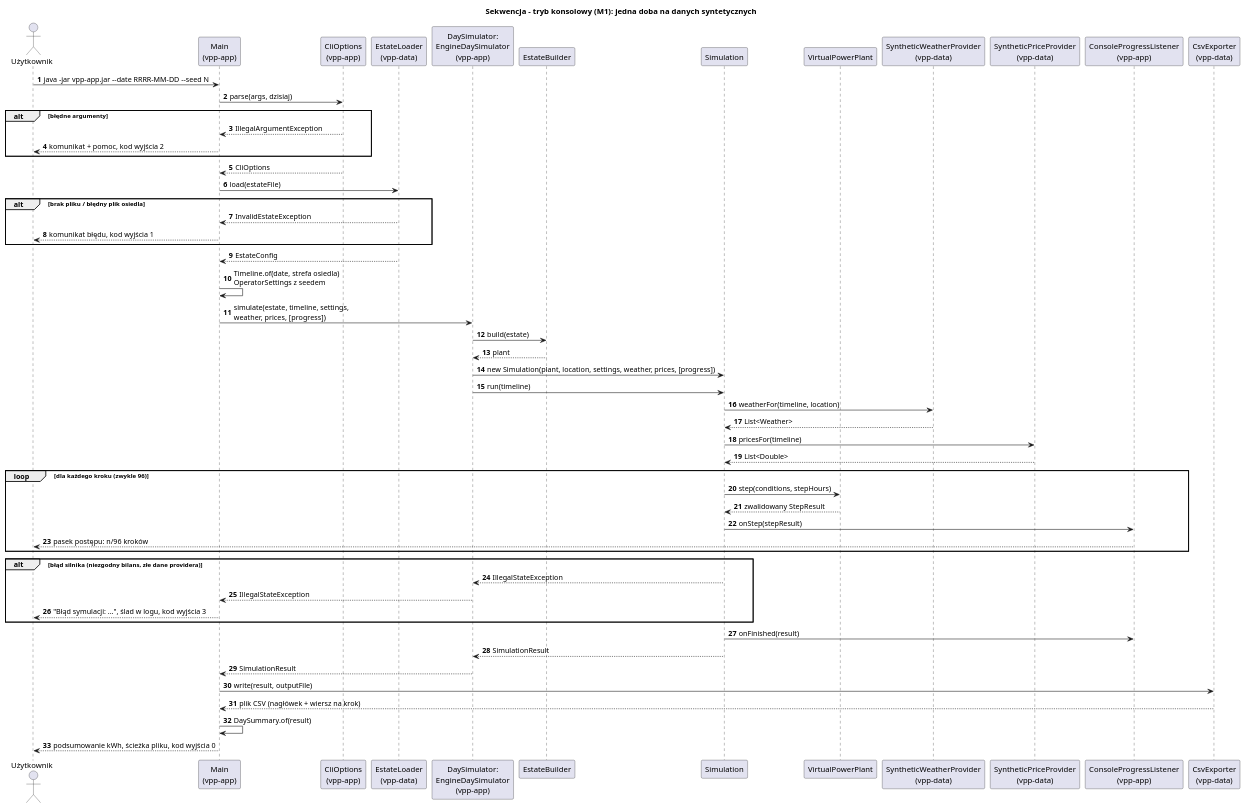
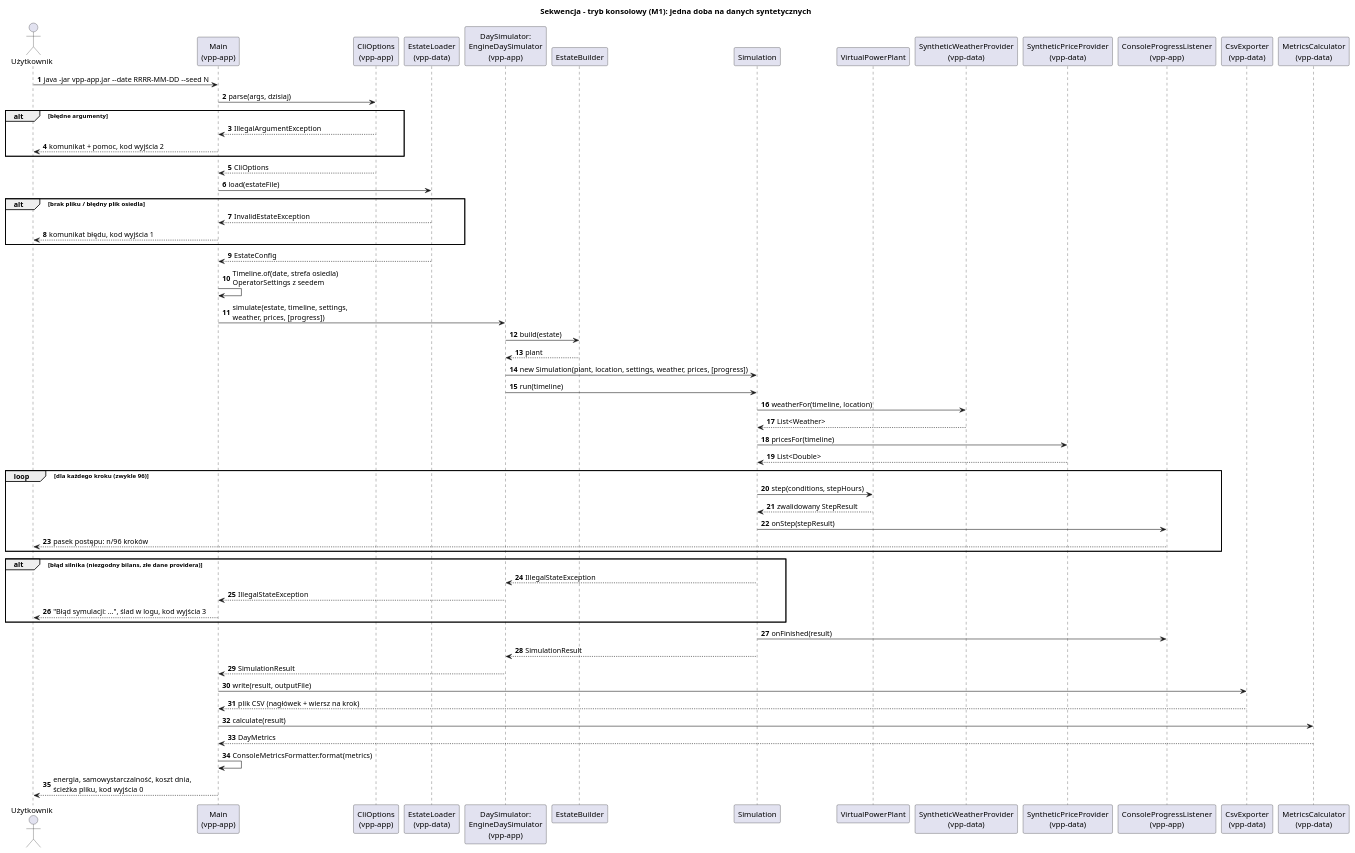
Before and after one commit to M-zielson/po2026: the diagram in projekt/uml/02-sekwencja-tryb-konsolowy.puml, drawn with PlantUML. The commit also changed 12 other files, not shown here.

Commit message:
feat(data): MetricsCalculator - KPI doby (energia, samowystarczalność, koszt)

```diff
--- a/projekt/uml/02-sekwencja-tryb-konsolowy.puml
+++ b/projekt/uml/02-sekwencja-tryb-konsolowy.puml
@@ -1,64 +1,67 @@
 @startuml
 title Sekwencja - tryb konsolowy (M1): jedna doba na danych syntetycznych
 autonumber
 
 actor Użytkownik
 participant "Main\n(vpp-app)" as Main
 participant "CliOptions\n(vpp-app)" as Cli
 participant "EstateLoader\n(vpp-data)" as Loader
 participant "DaySimulator:\nEngineDaySimulator\n(vpp-app)" as Adapter
 participant EstateBuilder as Builder
 participant Simulation as Sim
 participant VirtualPowerPlant as VPP
 participant "SyntheticWeatherProvider\n(vpp-data)" as Weather
 participant "SyntheticPriceProvider\n(vpp-data)" as Prices
 participant "ConsoleProgressListener\n(vpp-app)" as Progress
 participant "CsvExporter\n(vpp-data)" as Csv
+participant "MetricsCalculator\n(vpp-data)" as Metrics
 
 Użytkownik -> Main : java -jar vpp-app.jar ~--date RRRR-MM-DD ~--seed N
 Main -> Cli : parse(args, dzisiaj)
 alt błędne argumenty
     Cli --> Main : IllegalArgumentException
     Main --> Użytkownik : komunikat + pomoc, kod wyjścia 2
 end
 Cli --> Main : CliOptions
 
 Main -> Loader : load(estateFile)
 alt brak pliku / błędny plik osiedla
     Loader --> Main : InvalidEstateException
     Main --> Użytkownik : komunikat błędu, kod wyjścia 1
 end
 Loader --> Main : EstateConfig
 
 Main -> Main : Timeline.of(date, strefa osiedla)\nOperatorSettings z seedem
 
 Main -> Adapter : simulate(estate, timeline, settings,\nweather, prices, [progress])
 Adapter -> Builder : build(estate)
 Builder --> Adapter : plant
 Adapter -> Sim : new Simulation(plant, location, settings, weather, prices, [progress])
 Adapter -> Sim : run(timeline)
 Sim -> Weather : weatherFor(timeline, location)
 Weather --> Sim : List<Weather>
 Sim -> Prices : pricesFor(timeline)
 Prices --> Sim : List<Double>
 
 loop dla każdego kroku (zwykle 96)
     Sim -> VPP : step(conditions, stepHours)
     VPP --> Sim : zwalidowany StepResult
     Sim -> Progress : onStep(stepResult)
     Progress --> Użytkownik : pasek postępu: n/96 kroków
 end
 alt błąd silnika (niezgodny bilans, złe dane providera)
     Sim --> Adapter : IllegalStateException
     Adapter --> Main : IllegalStateException
     Main --> Użytkownik : "Błąd symulacji: ...", ślad w logu, kod wyjścia 3
 end
 Sim -> Progress : onFinished(result)
 Sim --> Adapter : SimulationResult
 Adapter --> Main : SimulationResult
 
 Main -> Csv : write(result, outputFile)
 Csv --> Main : plik CSV (nagłówek + wiersz na krok)
-Main -> Main : DaySummary.of(result)
-Main --> Użytkownik : podsumowanie kWh, ścieżka pliku, kod wyjścia 0
+Main -> Metrics : calculate(result)
+Metrics --> Main : DayMetrics
+Main -> Main : ConsoleMetricsFormatter.format(metrics)
+Main --> Użytkownik : energia, samowystarczalność, koszt dnia,\nścieżka pliku, kod wyjścia 0
 @enduml
```
